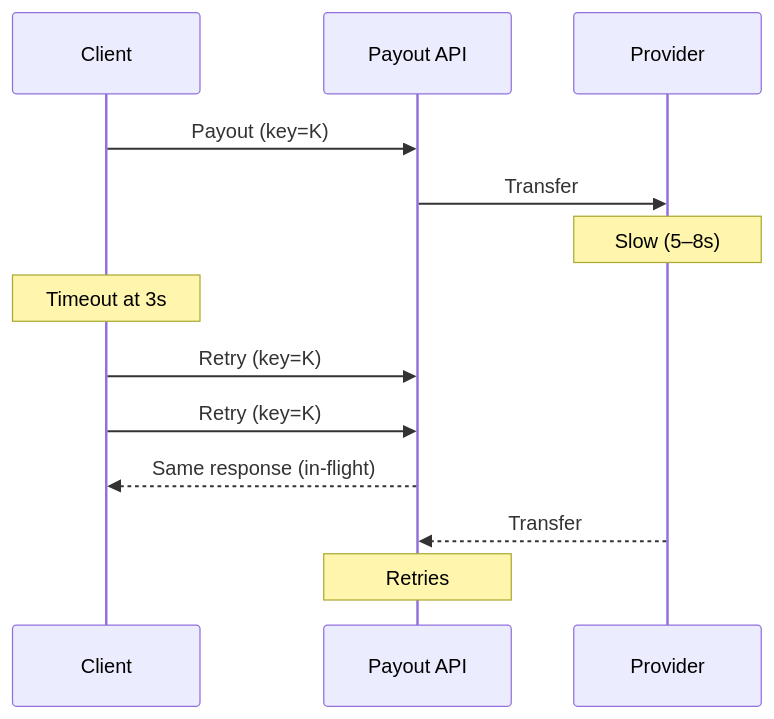
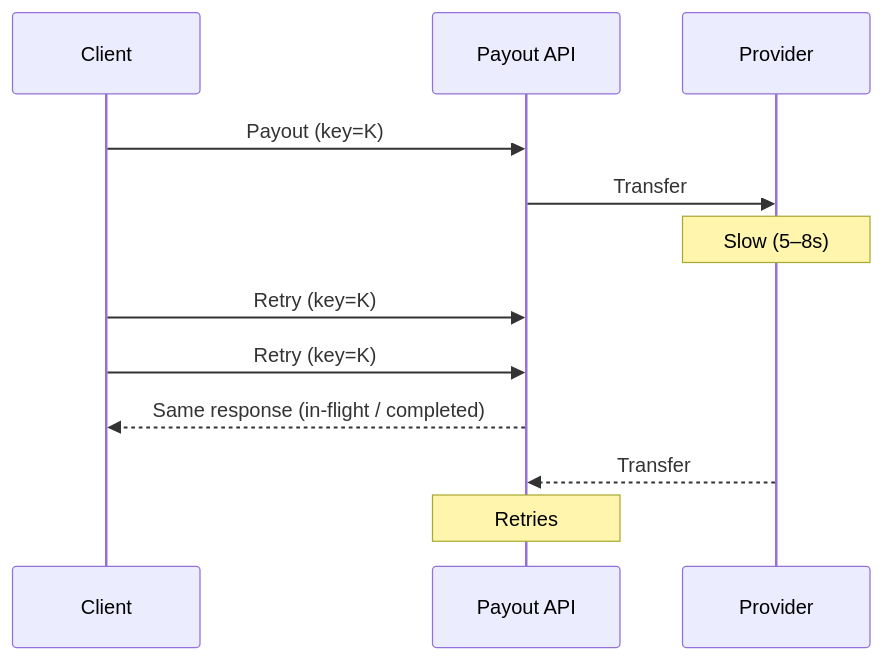
The diagram in content/en/retry-storm-double-payout.mdx (saifcores/saifcore-blog), drawn with Mermaid before and after one commit. The commit also changed other lines of this file, not shown here.

````diff
--- a/content/en/retry-storm-double-payout.mdx
+++ b/content/en/retry-storm-double-payout.mdx
@@ -47,16 +32,15 @@
 ```mermaid
 sequenceDiagram
   participant Client
   participant API as Payout API
   participant Provider
 
   Client->>API: Payout (key=K)
   API->>Provider: Transfer #1
   Note over Provider: Slow (5–8s)
-  Note over Client: Timeout at 3s
   Client->>API: Retry (key=K)
   Client->>API: Retry (key=K)
-  API-->>Client: Same response (in-flight)
+  API-->>Client: Same response (in-flight / completed)
   Provider-->>API: Transfer #1 OK
-  Note over API: Retries #2 and #3 discarded
+  Note over API: Retries #2/#3 discarded
 ```
````
